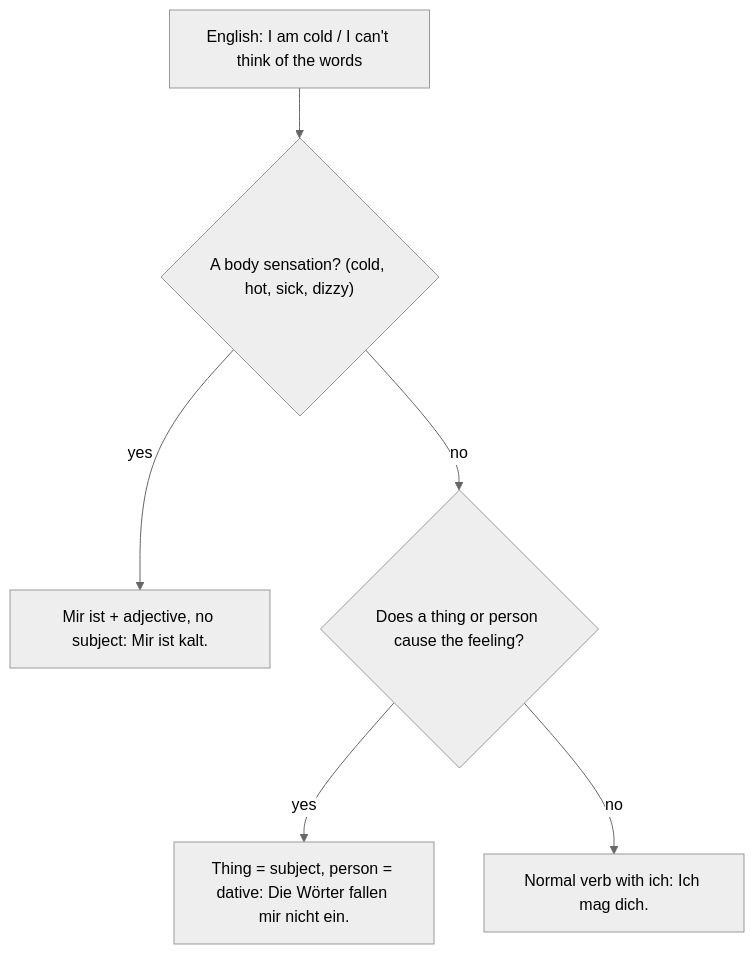
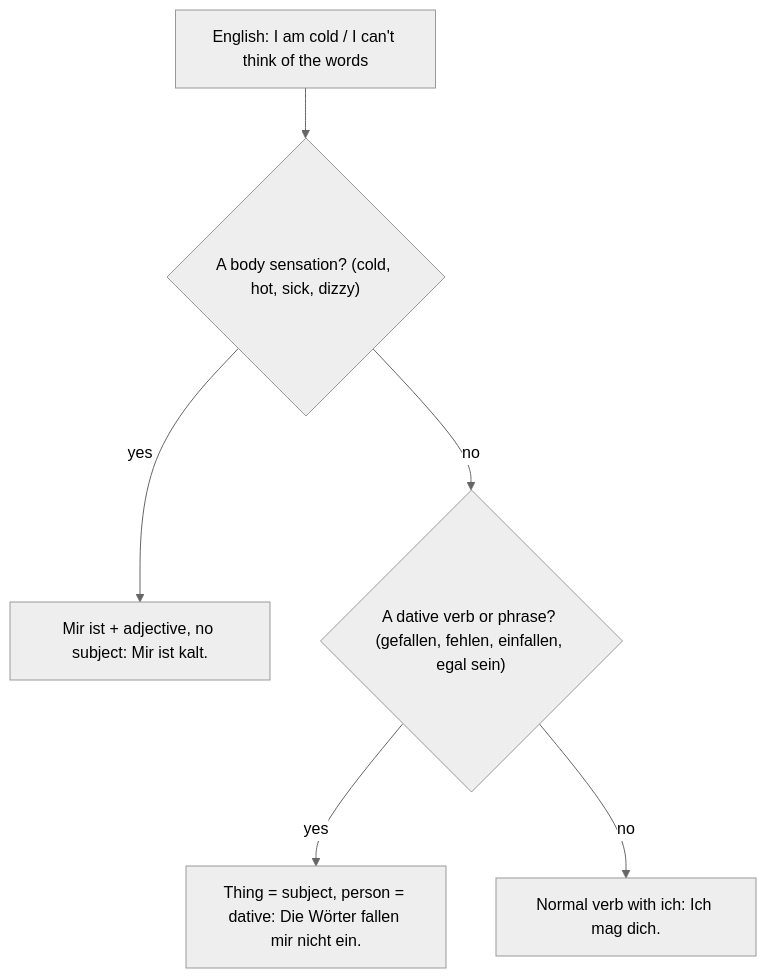
Before and after one commit to Aziliz/erudior: the diagram in content/languages/german-a2/lessons/08h2-dative-feelings.md, drawn with Mermaid (neutral theme). The commit also changed other lines of this file and 33 other files, not shown here.

````diff
--- a/content/languages/german-a2/lessons/08h2-dative-feelings.md
+++ b/content/languages/german-a2/lessons/08h2-dative-feelings.md
@@ -80,10 +80,10 @@
 ```mermaid
 flowchart TD
   accTitle: Who is the subject in a feeling sentence?
-  accDescr: Start with an English feeling sentence such as I am cold, I like it or I can't think of the word. If it is a body sensation such as cold, hot, sick or dizzy, use Mir ist with no subject: Mir ist kalt. If a thing or person causes the feeling, make that the subject and put the person in the dative, with the verb agreeing with the thing: Die Wörter fallen mir nicht ein. Otherwise use a normal verb with ich as the subject, such as Ich mag dich.
+  accDescr: Start with an English feeling sentence such as I am cold, I like it or I can't think of the word. If it is a body sensation such as cold, hot, sick or dizzy, use Mir ist with no subject: Mir ist kalt. If not, ask whether the verb or phrase is one that takes the dative, such as gefallen, fehlen, einfallen or egal sein. If it is, the thing or person that causes the feeling is the subject and the person who feels is in the dative, with the verb agreeing with the thing: Die Wörter fallen mir nicht ein. Otherwise use a normal verb with ich as the subject, such as Ich mag dich.
   A["English: I am cold / I can't think of the words"] --> B{"A body sensation? (cold, hot, sick, dizzy)"}
   B -- yes --> C["Mir ist + adjective, no subject: Mir ist kalt."]
-  B -- no --> D{"Does a thing or person cause the feeling?"}
+  B -- no --> D{"A dative verb or phrase? (gefallen, fehlen, einfallen, egal sein)"}
   D -- yes --> E["Thing = subject, person = dative: Die Wörter fallen mir nicht ein."]
   D -- no --> F["Normal verb with ich: Ich mag dich."]
 ```
````
